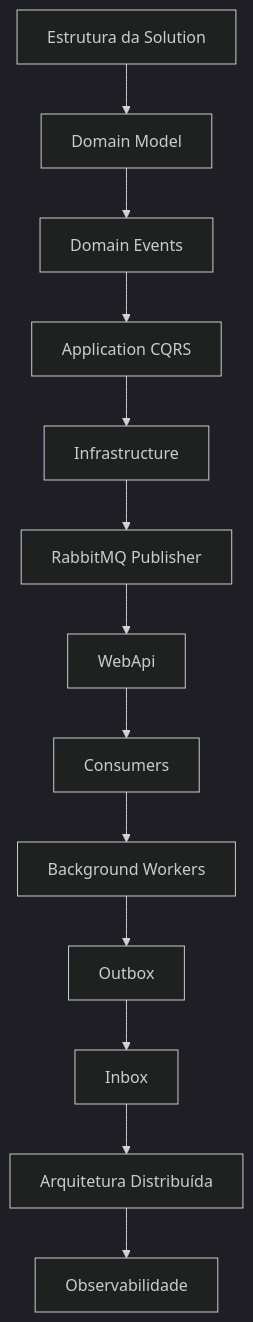
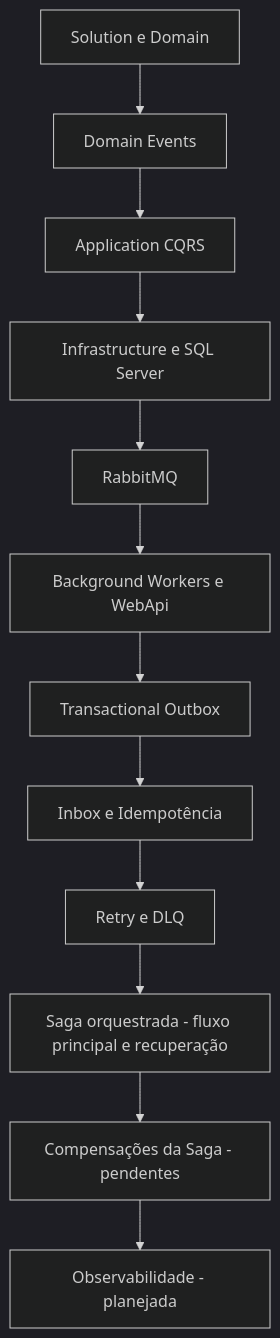
One commit to MarcosMj2rs/OrderFlow changed the third of 4 diagrams in docs/diagrams/Evolucao-da-Arquitetura.md. Above: the diagram before and after it, drawn with Mermaid (dark theme). The commit also changed other lines of this file and 8 other files, not shown here.

Commit message:
docs(saga): consolidate architecture and recovery documentation

````diff
--- a/docs/diagrams/Evolucao-da-Arquitetura.md
+++ b/docs/diagrams/Evolucao-da-Arquitetura.md
@@ -328,16 +283,14 @@
-``` mermaid
+```mermaid
 flowchart TD
-    A[Estrutura da Solution]
-    --> B[Domain Model]
-    --> C[Domain Events]
-    --> D[Application CQRS]
-    --> E[Infrastructure]
-    --> F[RabbitMQ Publisher]
-    --> G[WebApi]
-    --> H[Consumers]
-    --> I[Background Workers]
-    --> J[Outbox]
-    --> K[Inbox]
-    --> L[Arquitetura Distribuída]
-    --> M[Observabilidade]
+    A[Solution e Domain] --> B[Domain Events]
+    B --> C[Application CQRS]
+    C --> D[Infrastructure e SQL Server]
+    D --> E[RabbitMQ]
+    E --> F[Background Workers e WebApi]
+    F --> G[Transactional Outbox]
+    G --> H[Inbox e Idempotência]
+    H --> I[Retry e DLQ]
+    I --> J[Saga orquestrada - fluxo principal e recuperação]
+    J --> K[Compensações da Saga - pendentes]
+    K --> L[Observabilidade - planejada]
 ```
````
